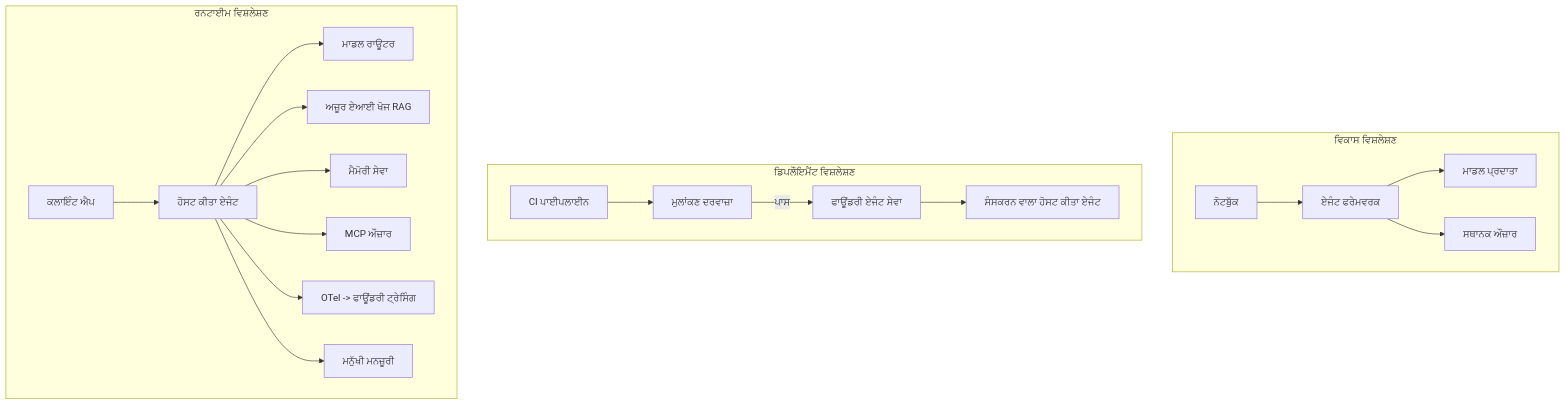
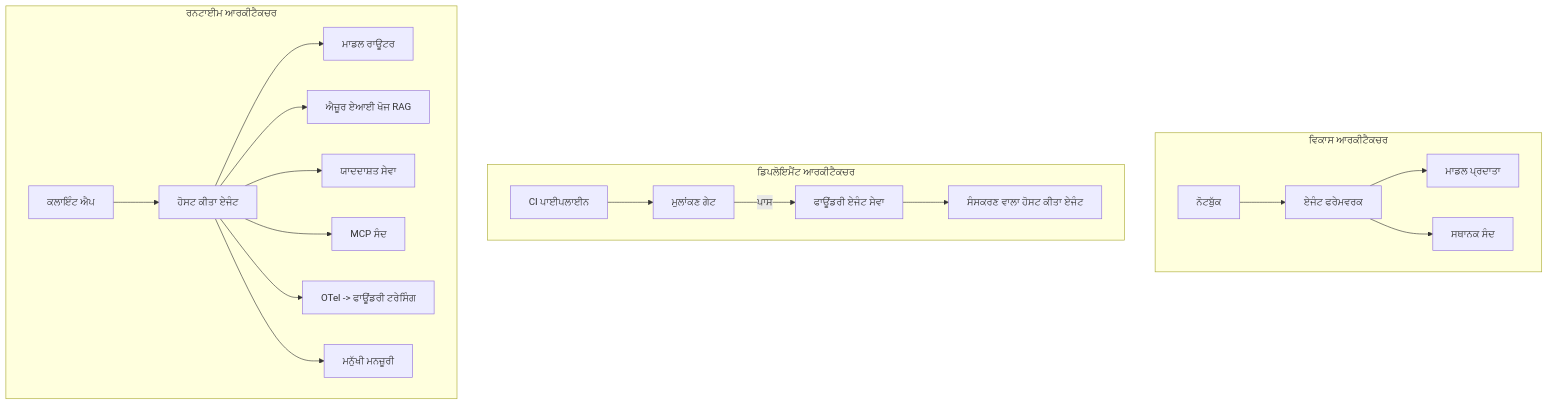
Before and after one commit to gabrielmoreira/agent-skills-mirror: the fourth of 4 diagrams in mirrors/repos/microsoft@ai-agents-for-beginners/translations/pa/16-deploying-scalable-agents/README.md, drawn with Mermaid. The commit also changed other lines of this file and 3581 other files, not shown here.

````diff
--- a/mirrors/repos/microsoft@ai-agents-for-beginners/translations/pa/16-deploying-scalable-agents/README.md
+++ b/mirrors/repos/microsoft@ai-agents-for-beginners/translations/pa/16-deploying-scalable-agents/README.md
@@ -185,22 +185,22 @@
 ```mermaid
 flowchart TB
-    subgraph Dev[ਵਿਕਾਸ ਵਿਸ਼ਲੇਸ਼ਣ]
+    subgraph Dev[ਵਿਕਾਸ ਆਰਕੀਟੈਕਚਰ]
         D1[ਨੋਟਬੁੱਕ] --> D2[ਏਜੰਟ ਫਰੇਮਵਰਕ]
         D2 --> D3[ਮਾਡਲ ਪ੍ਰਦਾਤਾ]
-        D2 --> D4[ਸਥਾਨਕ ਔਜ਼ਾਰ]
+        D2 --> D4[ਸਥਾਨਕ ਸੰਦ]
     end
-    subgraph Deploy[ਡਿਪਲੌਇਮੈਂਟ ਵਿਸ਼ਲੇਸ਼ਣ]
-        E1[CI ਪਾਈਪਲਾਈਨ] --> E2[ਮੁਲਾਂਕਣ ਦਰਵਾਜ਼ਾ]
+    subgraph Deploy[ਡਿਪਲੋਇਮੈਂਟ ਆਰਕੀਟੈਕਚਰ]
+        E1[CI ਪਾਈਪਲਾਈਨ] --> E2[ਮੁਲਾਂਕਣ ਗੇਟ]
         E2 -->|ਪਾਸ| E3[ਫਾਊਂਡਰੀ ਏਜੰਟ ਸੇਵਾ]
-        E3 --> E4[ਸੰਸਕਰਨ ਵਾਲਾ ਹੋਸਟ ਕੀਤਾ ਏਜੰਟ]
+        E3 --> E4[ਸੰਸਕਰਣ ਵਾਲਾ ਹੋਸਟ ਕੀਤਾ ਏਜੰਟ]
     end
-    subgraph Run[ਰਨਟਾਈਮ ਵਿਸ਼ਲੇਸ਼ਣ]
+    subgraph Run[ਰਨਟਾਈਮ ਆਰਕੀਟੈਕਚਰ]
         F1[ਕਲਾਇੰਟ ਐਪ] --> F2[ਹੋਸਟ ਕੀਤਾ ਏਜੰਟ]
         F2 --> F3[ਮਾਡਲ ਰਾਊਟਰ]
-        F2 --> F4[ਅਜ਼ੂਰ ਏਆਈ ਖੋਜ RAG]
-        F2 --> F5[ਮੈਮੋਰੀ ਸੇਵਾ]
-        F2 --> F6[MCP ਔਜ਼ਾਰ]
-        F2 --> F7[OTel -> ਫਾਊਂਡਰੀ ਟ੍ਰੇਸਿੰਗ]
+        F2 --> F4[ਐਜ਼ੂਰ ਏਆਈ ਖੋਜ RAG]
+        F2 --> F5[ਯਾਦਦਾਸ਼ਤ ਸੇਵਾ]
+        F2 --> F6[MCP ਸੰਦ]
+        F2 --> F7[OTel -> ਫਾਊਂਡਰੀ ਟਰੇਸਿੰਗ]
         F2 --> F8[ਮਨੁੱਖੀ ਮਨਜ਼ੂਰੀ]
     end
 ```
````
